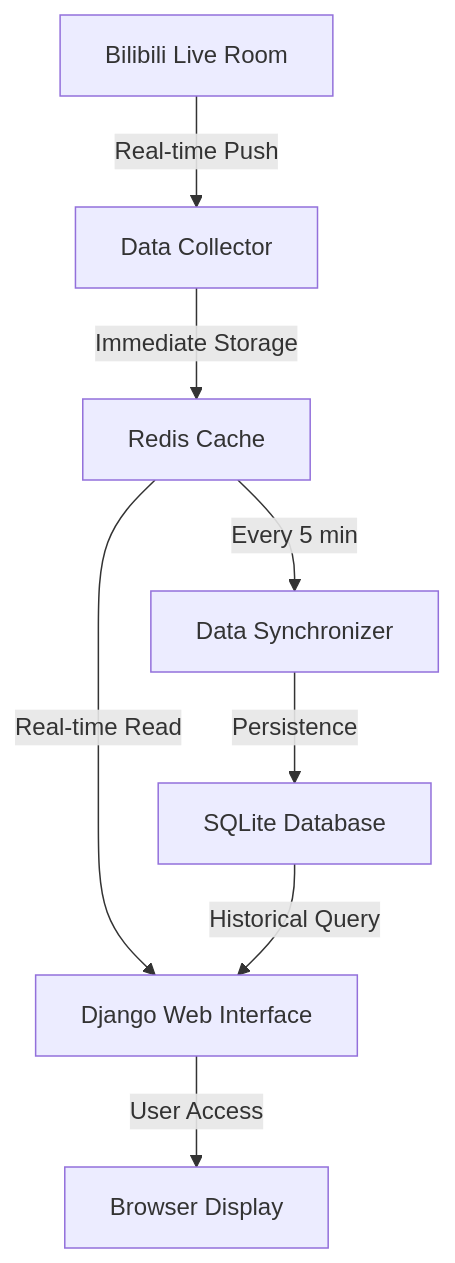
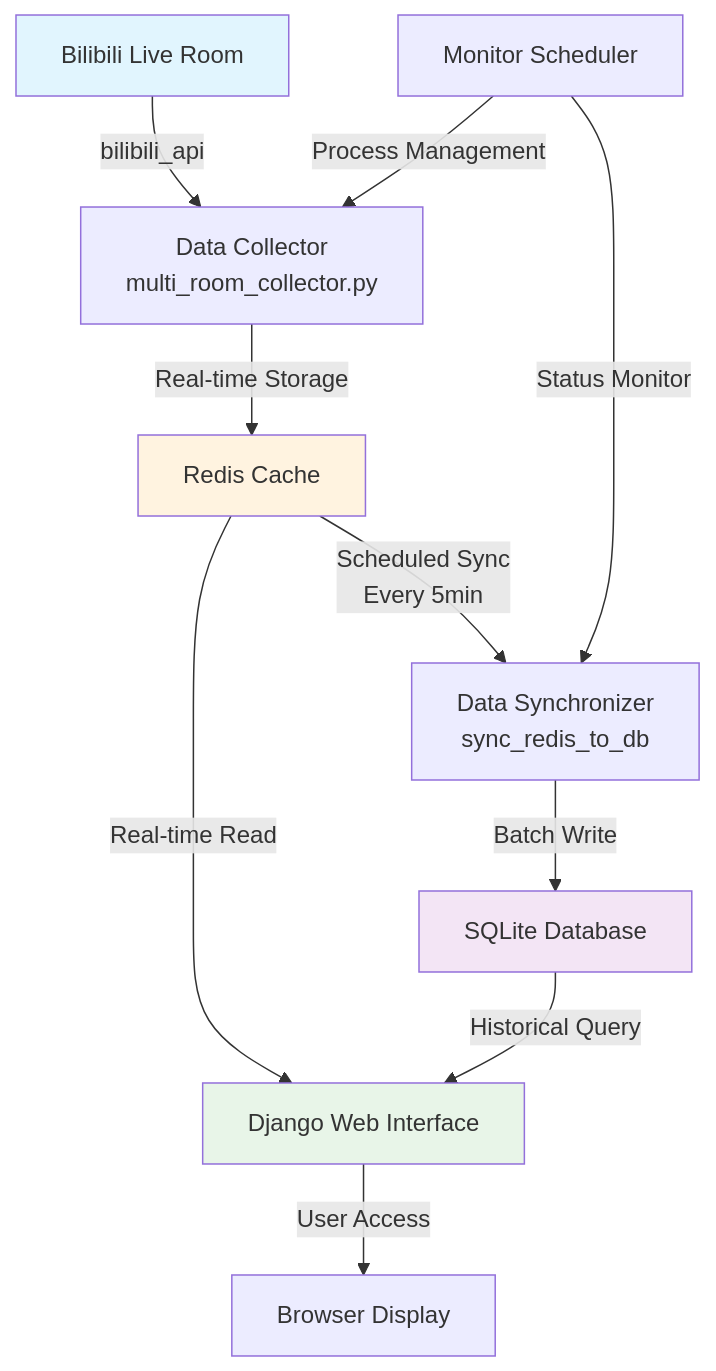
Before and after one commit to MrZIer/Mutiple-bilibili-stream-data-show-system: the first of 3 diagrams in README_EN.md, drawn with Mermaid. The commit also changed other lines of this file and 4 other files, not shown here.

````diff
--- a/README_EN.md
+++ b/README_EN.md
@@ -18,10 +19,18 @@
 ```mermaid
 graph TD
-    A[Bilibili Live Room] -->|Real-time Push| B[Data Collector]
-    B -->|Immediate Storage| C[Redis Cache]
-    C -->|Every 5 min| D[Data Synchronizer]
-    D -->|Persistence| E[SQLite Database]
-    C -->|Real-time Read| F[Django Web Interface]
-    E -->|Historical Query| F
-    F -->|User Access| G[Browser Display]
+    A[Bilibili Live Room] -->|bilibili_api| B[Data Collector<br/>multi_room_collector.py]
+    B -->|Real-time Storage| C[Redis Cache]
+    C -->|Real-time Read| D[Django Web Interface]
+    C -->|Scheduled Sync<br/>Every 5min| E[Data Synchronizer<br/>sync_redis_to_db]
+    E -->|Batch Write| F[SQLite Database]
+    F -->|Historical Query| D
+    D -->|User Access| G[Browser Display]
+    
+    H[Monitor Scheduler] -->|Process Management| B
+    H -->|Status Monitor| E
+    
+    style A fill:#e1f5fe
+    style C fill:#fff3e0
+    style F fill:#f3e5f5
+    style D fill:#e8f5e8
 ```
````
